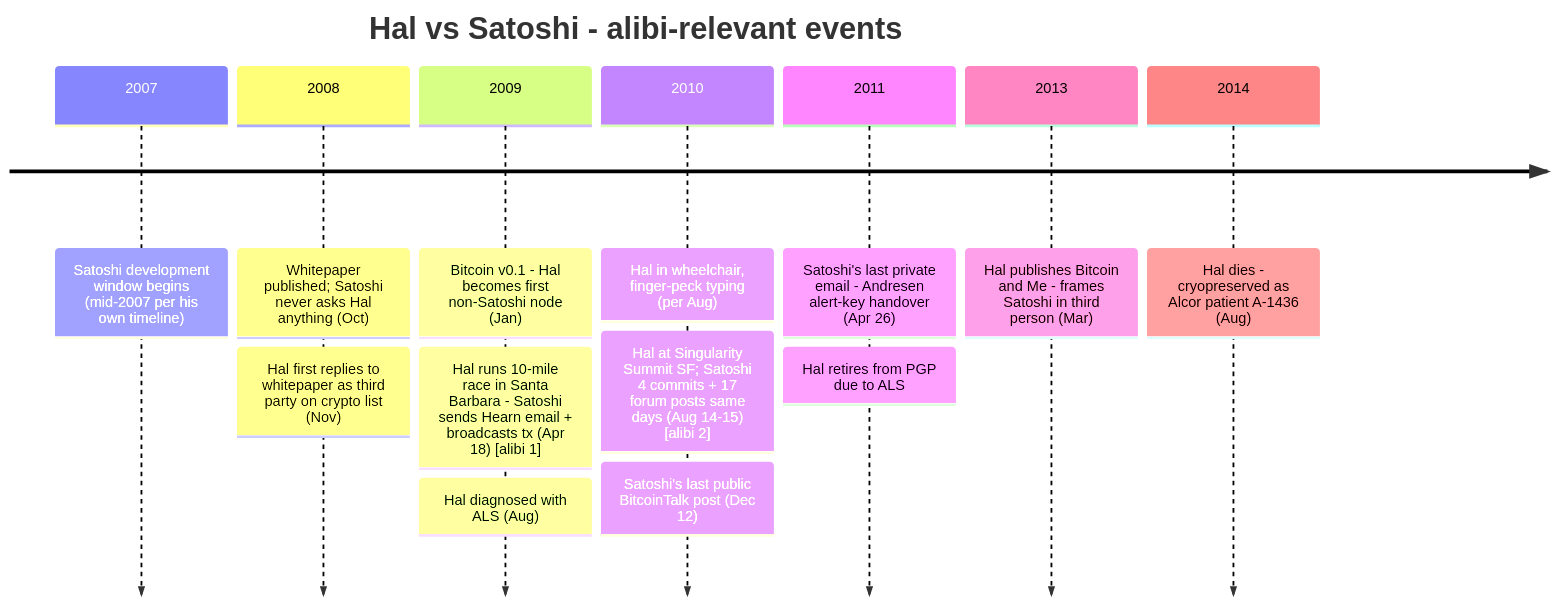
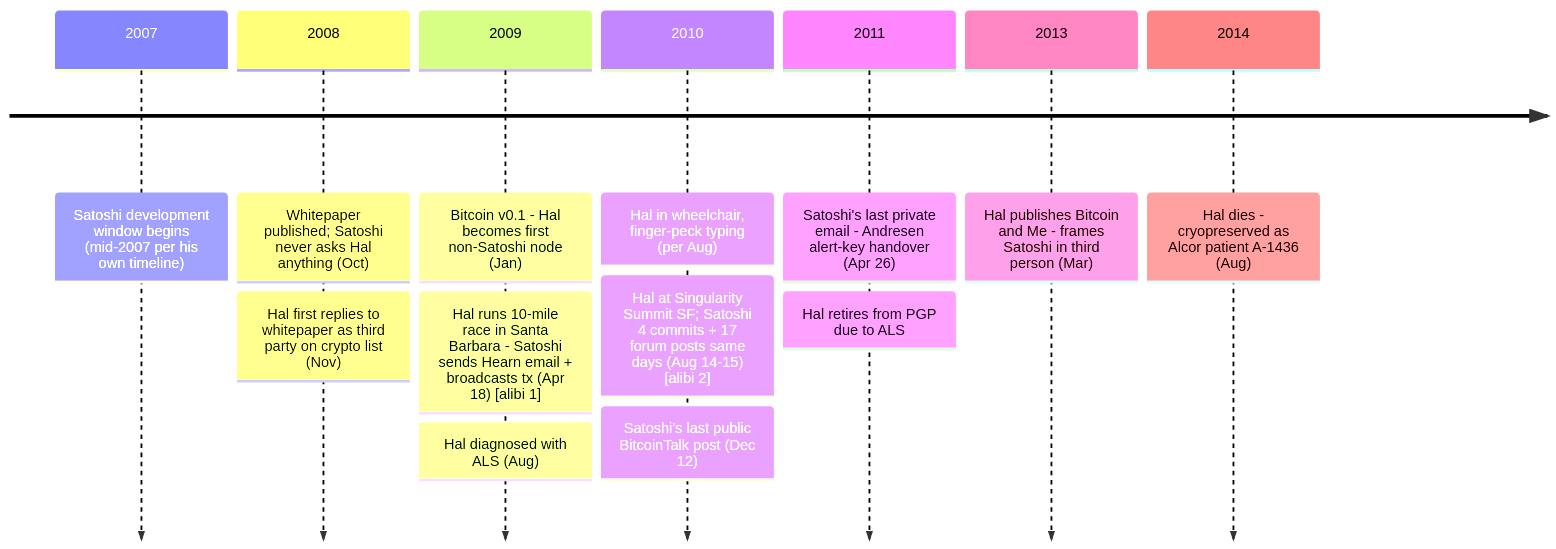
One commit to cypher256/BitcoinArchive changed the diagram in src/data/entries/en/analysis/2014-03-25-hal-finney-satoshi-identity-hypothesis.md. Above: the diagram before and after it, drawn with Mermaid. The commit also changed other lines of this file and 50 other files, not shown here.

````diff
--- a/src/data/entries/en/analysis/2014-03-25-hal-finney-satoshi-identity-hypothesis.md
+++ b/src/data/entries/en/analysis/2014-03-25-hal-finney-satoshi-identity-hypothesis.md
@@ -66,17 +68,16 @@
 ```mermaid
 timeline
-    title Hal vs Satoshi - alibi-relevant events
     2007 : Satoshi development window begins (mid-2007 per his own timeline)
     2008 : Whitepaper published; Satoshi never asks Hal anything (Oct)
          : Hal first replies to whitepaper as third party on crypto list (Nov)
     2009 : Bitcoin v0.1 - Hal becomes first non-Satoshi node (Jan)
          : Hal runs 10-mile race in Santa Barbara - Satoshi sends Hearn email + broadcasts tx (Apr 18) [alibi 1]
          : Hal diagnosed with ALS (Aug)
     2010 : Hal in wheelchair, finger-peck typing (per Aug)
          : Hal at Singularity Summit SF; Satoshi 4 commits + 17 forum posts same days (Aug 14-15) [alibi 2]
          : Satoshi's last public BitcoinTalk post (Dec 12)
     2011 : Satoshi's last private email - Andresen alert-key handover (Apr 26)
          : Hal retires from PGP due to ALS
     2013 : Hal publishes Bitcoin and Me - frames Satoshi in third person (Mar)
     2014 : Hal dies - cryopreserved as Alcor patient A-1436 (Aug)
 ```
````
